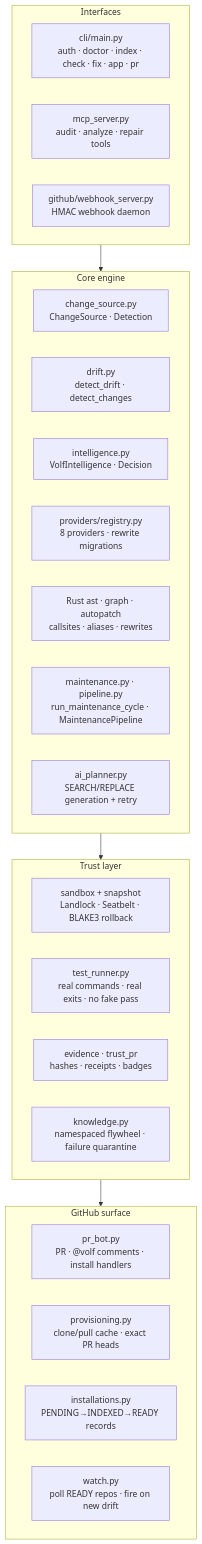
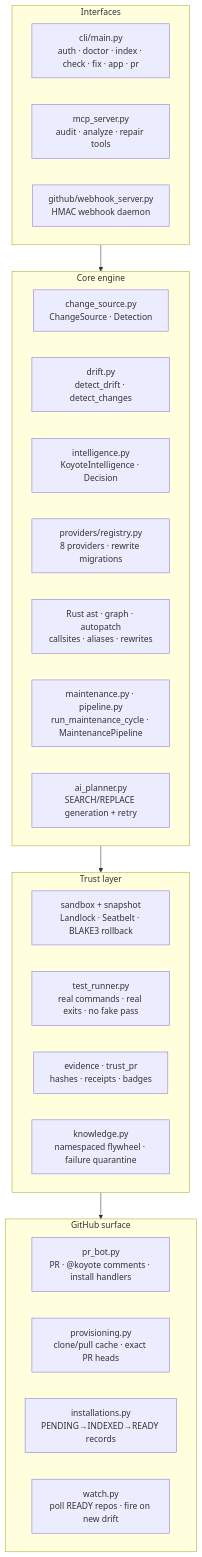
Before and after one commit to Devaretanmay/HAVFRYS: the third of 3 diagrams in docs/SYSTEM_MAP.md, drawn with Mermaid. The commit also changed other lines of this file and 222 other files, not shown here.

First line of the commit message:
feat!: rename Volf to Koyote, Howl warns and Hunt repairs

````diff
--- a/docs/SYSTEM_MAP.md
+++ b/docs/SYSTEM_MAP.md
@@ -42,30 +42,30 @@
 ```mermaid
 flowchart TD
     subgraph IN["Interfaces"]
         CLI["cli/main.py<br/>auth · doctor · index · check · fix · app · pr"]
         MCP["mcp_server.py<br/>audit · analyze · repair tools"]
         WH["github/webhook_server.py<br/>HMAC webhook daemon"]
     end
     subgraph CORE["Core engine"]
         CS["change_source.py<br/>ChangeSource · Detection"]
         DRIFT["drift.py<br/>detect_drift · detect_changes"]
-        INTEL["intelligence.py<br/>VolfIntelligence · Decision"]
+        INTEL["intelligence.py<br/>KoyoteIntelligence · Decision"]
         REG["providers/registry.py<br/>8 providers · rewrite migrations"]
         AST["Rust ast · graph · autopatch<br/>callsites · aliases · rewrites"]
         PLAN["maintenance.py · pipeline.py<br/>run_maintenance_cycle · MaintenancePipeline"]
         AIplan["ai_planner.py<br/>SEARCH/REPLACE generation + retry"]
     end
     subgraph TRUST["Trust layer"]
         SB["sandbox + snapshot<br/>Landlock · Seatbelt · BLAKE3 rollback"]
         TR["test_runner.py<br/>real commands · real exits · no fake pass"]
         EV2["evidence · trust_pr<br/>hashes · receipts · badges"]
         KB["knowledge.py<br/>namespaced flywheel · failure quarantine"]
     end
     subgraph GH["GitHub surface"]
-        BOT["pr_bot.py<br/>PR · @volf comments · install handlers"]
+        BOT["pr_bot.py<br/>PR · @koyote comments · install handlers"]
         PROV["provisioning.py<br/>clone/pull cache · exact PR heads"]
         INST["installations.py<br/>PENDING→INDEXED→READY records"]
         WATCH["watch.py<br/>poll READY repos · fire on new drift"]
     end
     IN --> CORE --> TRUST --> GH
 ```
````
